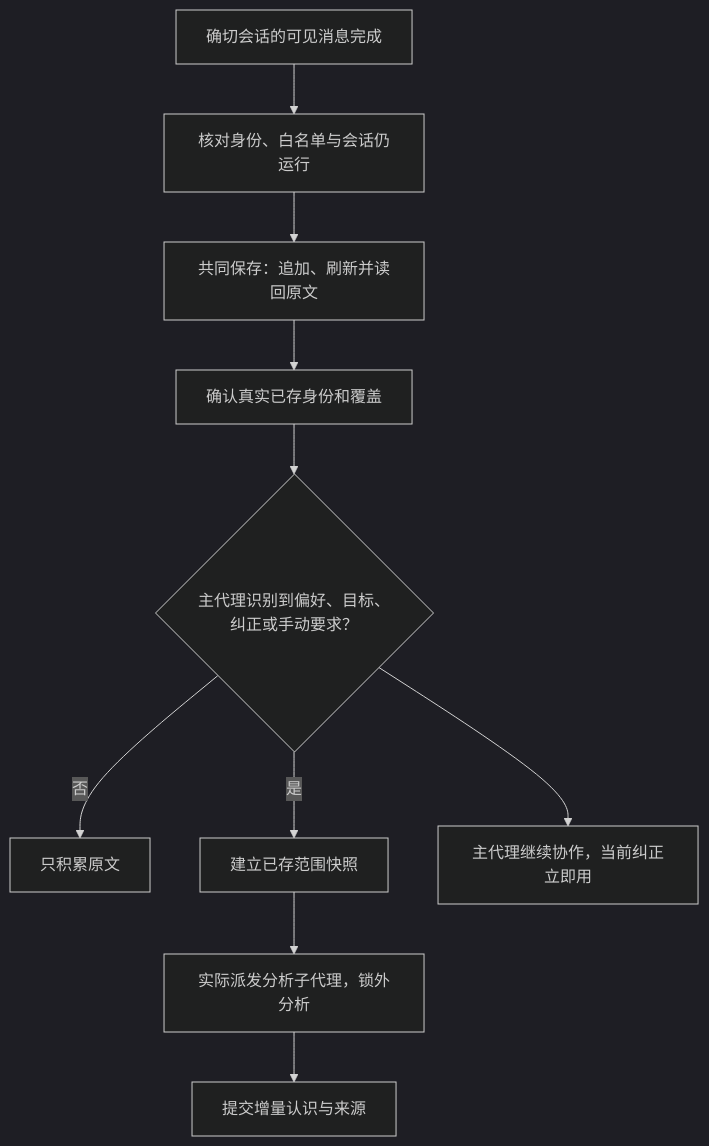
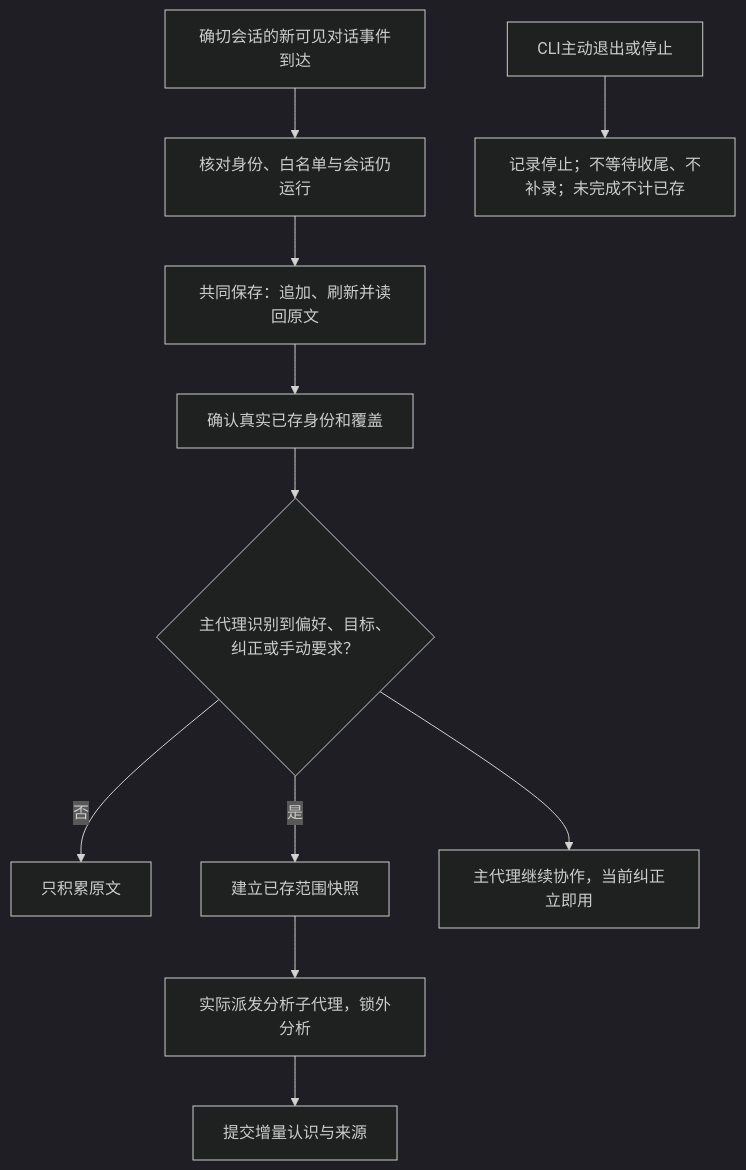
One commit to Ena-Heleneto/agent-foundry changed the first of 18 diagrams in specs/skills/20261029-speckit-workflow-foundation/diagrams.md. Above: the diagram before and after it, drawn with Mermaid (dark theme). The commit also changed other lines of this file and 52 other files, not shown here.

````diff
--- a/specs/skills/20261029-speckit-workflow-foundation/diagrams.md
+++ b/specs/skills/20261029-speckit-workflow-foundation/diagrams.md
@@ -7,12 +7,13 @@
 ```mermaid
 flowchart TD
-    E["确切会话的可见消息完成"] --> V["核对身份、白名单与会话仍运行"]
+    E["确切会话的新可见对话事件到达"] --> V["核对身份、白名单与会话仍运行"]
     V --> W["共同保存：追加、刷新并读回原文"]
     W --> K["确认真实已存身份和覆盖"]
     K --> M{"主代理识别到偏好、目标、纠正或手动要求？"}
     M -->|否| A["只积累原文"]
     M -->|是| S["建立已存范围快照"]
     S --> B["实际派发分析子代理，锁外分析"]
     M --> C["主代理继续协作，当前纠正立即用"]
     B --> P["提交增量认识与来源"]
+    Q["CLI主动退出或停止"] --> X["记录停止；不等待收尾、不补录；未完成不计已存"]
 ```
````
